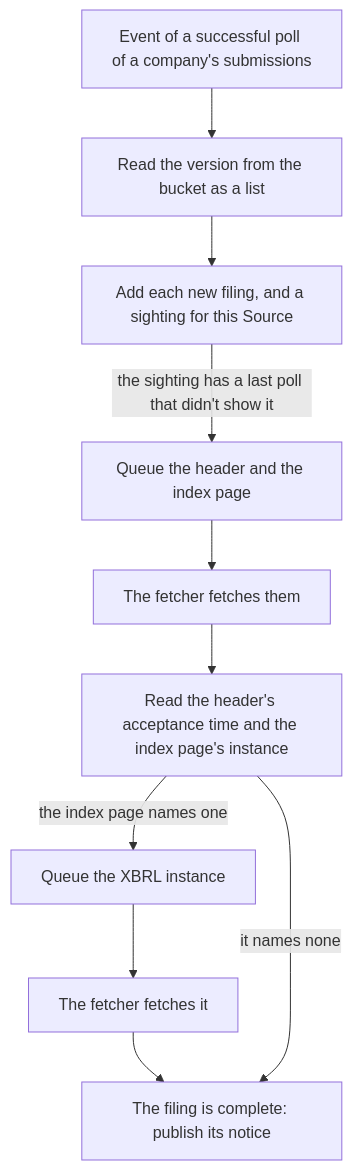
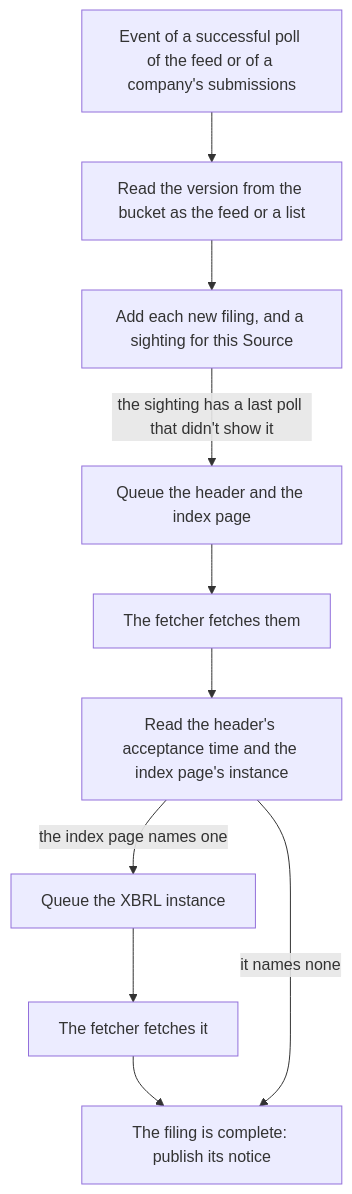
The first of 3 diagrams in docs/explanation/discoverer.md (nslaughter/edgar-data-pipeline), drawn with Mermaid before and after one commit. The commit also changed other lines of this file and 23 other files, not shown here.

First line of the commit message:
Explain the notices' version for the feed in the design and the pages

````diff
--- a/docs/explanation/discoverer.md
+++ b/docs/explanation/discoverer.md
@@ -42,12 +48,12 @@
 ```mermaid
 flowchart TD
-  ev["Event of a successful poll of a company's submissions"] --> list["Read the version from the bucket as a list"]
+  ev["Event of a successful poll of the feed or of a company's submissions"] --> list["Read the version from the bucket as the feed or a list"]
   list --> seen["Add each new filing, and a sighting for this Source"]
   seen -->|"the sighting has a last poll that didn't show it"| q1["Queue the header and the index page"]
   q1 --> f1["The fetcher fetches them"]
   f1 --> read["Read the header's acceptance time and the index page's instance"]
   read -->|"the index page names one"| q2["Queue the XBRL instance"]
   q2 --> f2["The fetcher fetches it"]
   f2 --> done["The filing is complete: publish its notice"]
   read -->|"it names none"| done
 ```
````
